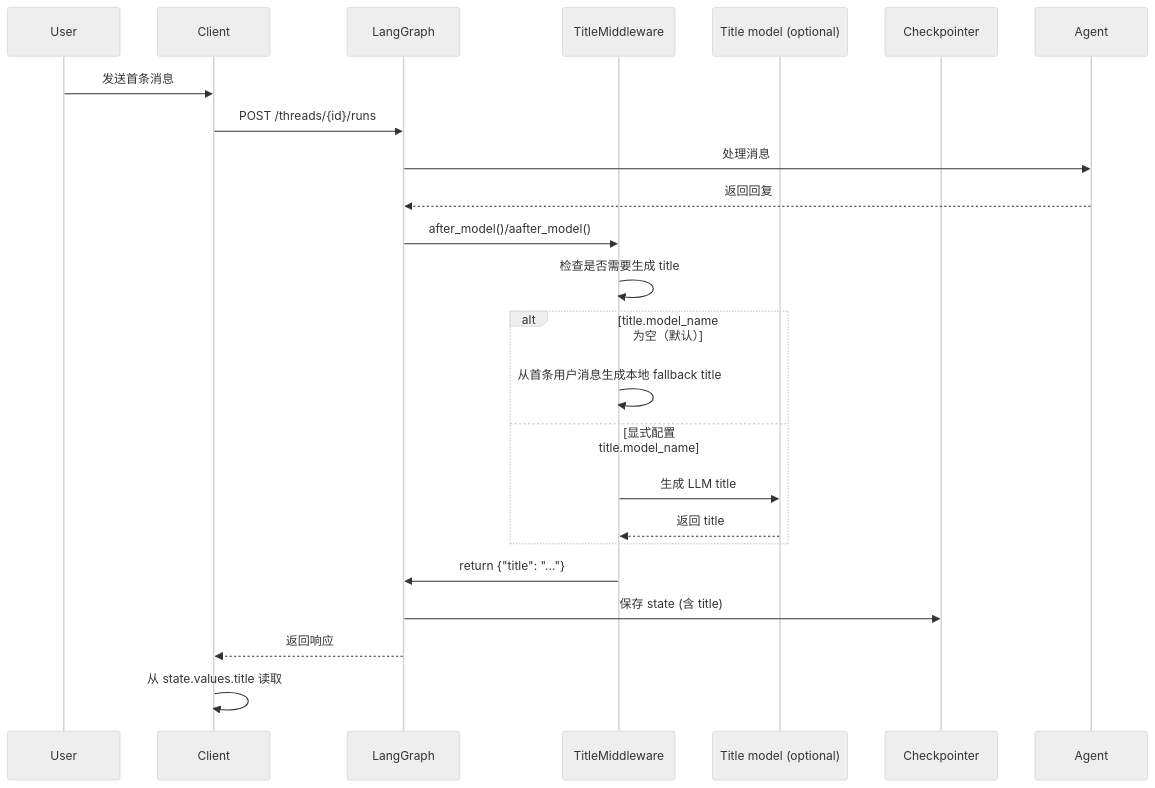
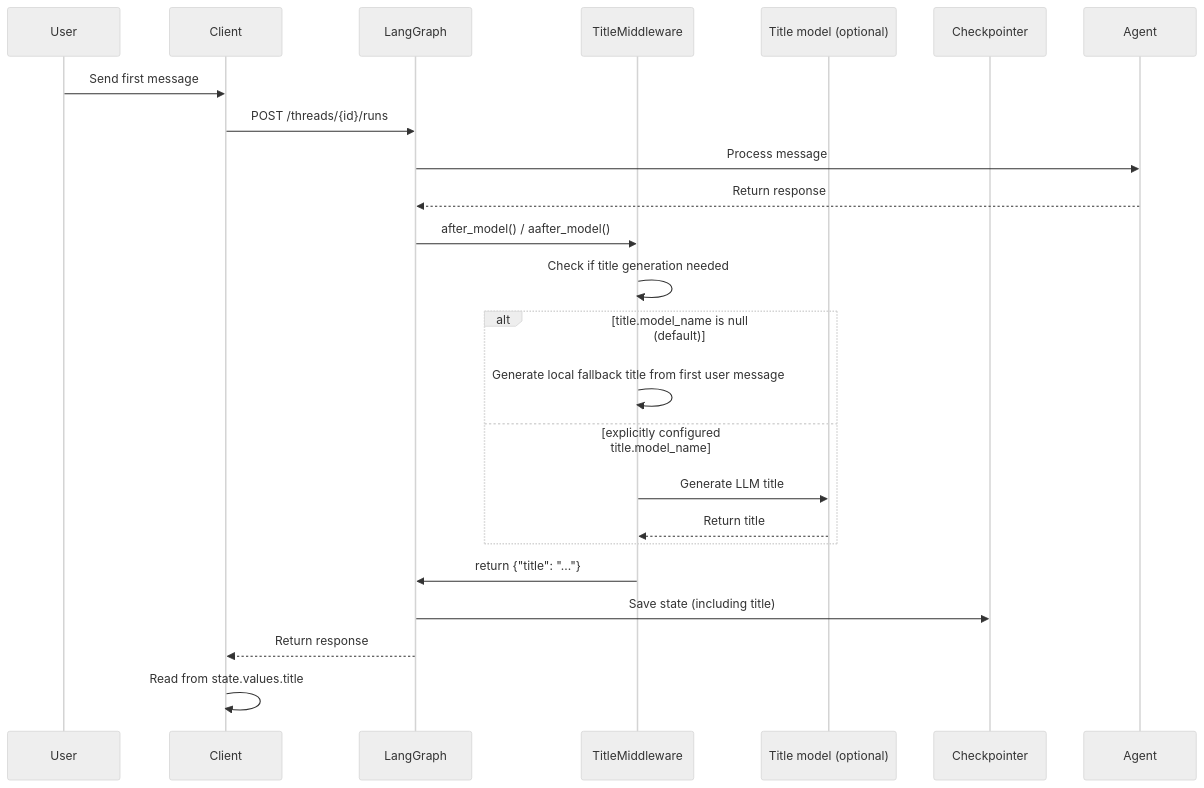
One commit to itsPremkumar/alpha changed the diagram in backend/docs/AUTO_TITLE_GENERATION.md. Above: the diagram before and after it, drawn with Mermaid (neutral theme). The commit also changed other lines of this file and 60 other files, not shown here.

````diff
--- a/backend/docs/AUTO_TITLE_GENERATION.md
+++ b/backend/docs/AUTO_TITLE_GENERATION.md
@@ -146,26 +146,26 @@
 ```mermaid
 sequenceDiagram
     participant User
     participant Client
     participant LangGraph
     participant TitleMiddleware
     participant TitleModel as Title model (optional)
     participant Checkpointer
 
-    User->>Client: 发送首条消息
+    User->>Client: Send first message
     Client->>LangGraph: POST /threads/{id}/runs
-    LangGraph->>Agent: 处理消息
-    Agent-->>LangGraph: 返回回复
-    LangGraph->>TitleMiddleware: after_model()/aafter_model()
-    TitleMiddleware->>TitleMiddleware: 检查是否需要生成 title
-    alt title.model_name 为空（默认）
-        TitleMiddleware->>TitleMiddleware: 从首条用户消息生成本地 fallback title
-    else 显式配置 title.model_name
-        TitleMiddleware->>TitleModel: 生成 LLM title
-        TitleModel-->>TitleMiddleware: 返回 title
+    LangGraph->>Agent: Process message
+    Agent-->>LangGraph: Return response
+    LangGraph->>TitleMiddleware: after_model() / aafter_model()
+    TitleMiddleware->>TitleMiddleware: Check if title generation needed
+    alt title.model_name is null (default)
+        TitleMiddleware->>TitleMiddleware: Generate local fallback title from first user message
+    else explicitly configured title.model_name
+        TitleMiddleware->>TitleModel: Generate LLM title
+        TitleModel-->>TitleMiddleware: Return title
     end
     TitleMiddleware->>LangGraph: return {"title": "..."}
-    LangGraph->>Checkpointer: 保存 state (含 title)
-    LangGraph-->>Client: 返回响应
-    Client->>Client: 从 state.values.title 读取
+    LangGraph->>Checkpointer: Save state (including title)
+    LangGraph-->>Client: Return response
+    Client->>Client: Read from state.values.title
 ```
````
